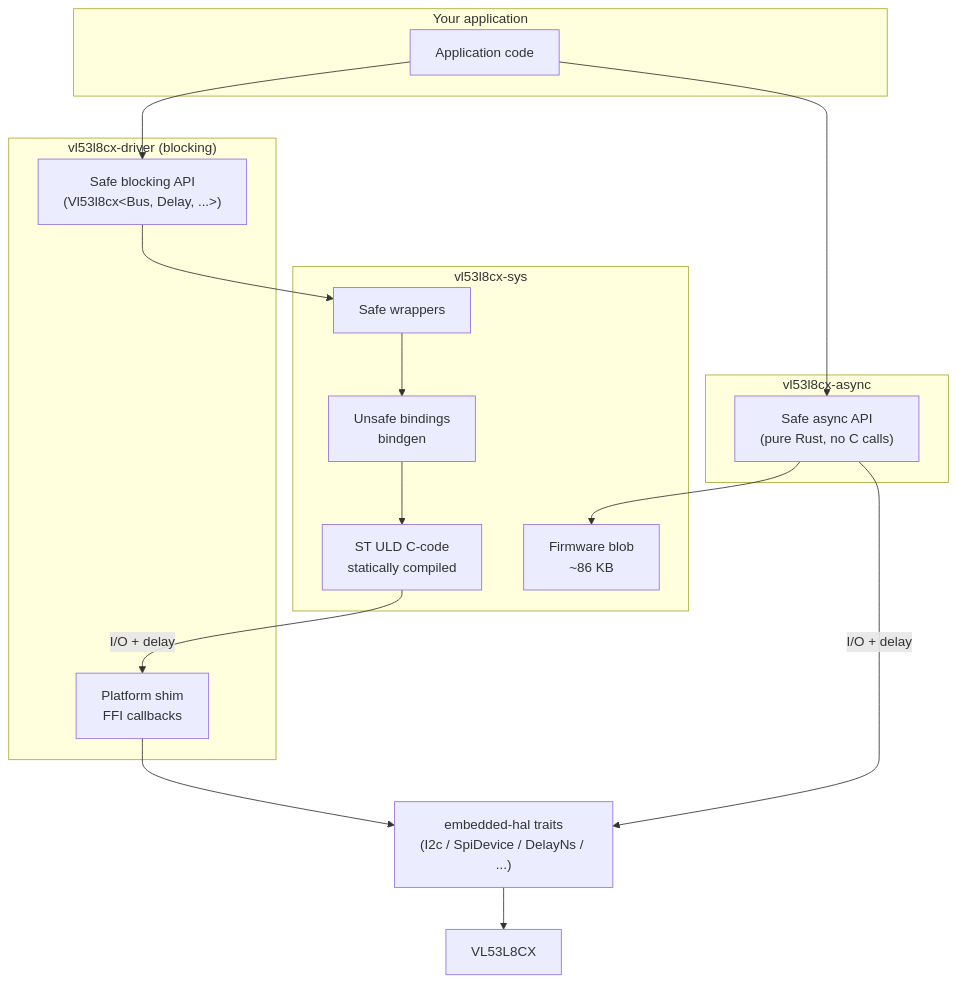
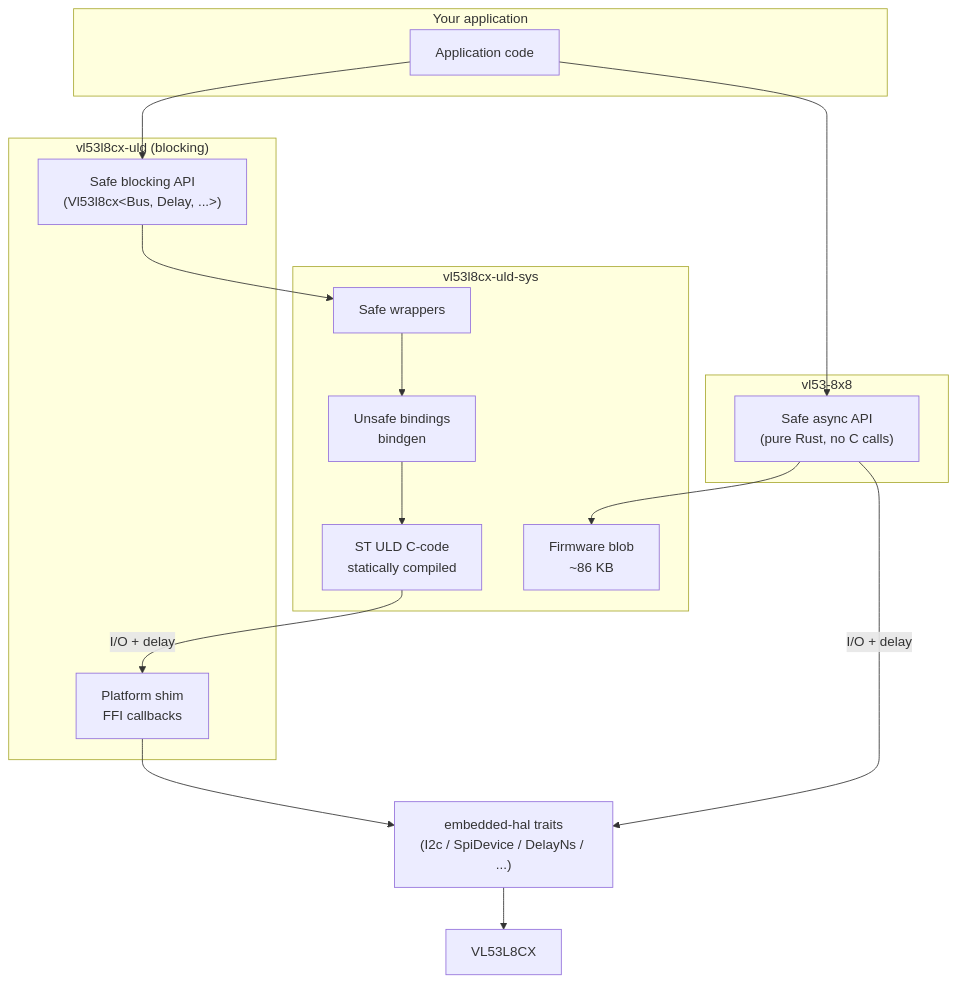
Before and after one commit to petegibson/vl53-8x8-rs: the diagram in README.md, drawn with Mermaid. The commit also changed other lines of this file and 62 other files, not shown here.

Commit message:
rename crates: vl53l8cx-async -> vl53-8x8, vl53l8cx-sys -> vl53l8cx-uld-sys, vl53l8cx-driver -> vl53l8cx-uld; neutral type names; replace dead examples

````diff
--- a/README.md
+++ b/README.md
@@ -150,33 +150,33 @@
 ```mermaid
 graph TD;
     subgraph "Your application"
         UserApp[Application code]
     end
 
-    subgraph "vl53l8cx-driver (blocking)"
+    subgraph "vl53l8cx-uld (blocking)"
         BlockingApi["Safe blocking API<br/>(Vl53l8cx&lt;Bus, Delay, ...&gt;)"]
         PlatformShim[Platform shim<br/>FFI callbacks]
     end
 
-    subgraph "vl53l8cx-async"
+    subgraph "vl53-8x8"
         AsyncApi["Safe async API<br/>(pure Rust, no C calls)"]
     end
 
-    subgraph "vl53l8cx-sys"
+    subgraph "vl53l8cx-uld-sys"
         SafeWrappers[Safe wrappers]
         UnsafeBindings[Unsafe bindings<br/>bindgen]
         ULD[ST ULD C-code<br/>statically compiled]
         FirmwareBlob[Firmware blob<br/>~86 KB]
     end
 
     UserApp --> BlockingApi
     UserApp --> AsyncApi
     BlockingApi --> SafeWrappers
     SafeWrappers --> UnsafeBindings
     UnsafeBindings --> ULD
     ULD -- "I/O + delay" --> PlatformShim
     AsyncApi --> FirmwareBlob
     AsyncApi -- "I/O + delay" --> HAL["embedded-hal traits<br/>(I2c / SpiDevice / DelayNs / ...)"]
     PlatformShim --> HAL
     HAL --> Hardware[VL53L8CX]
 ```
````
